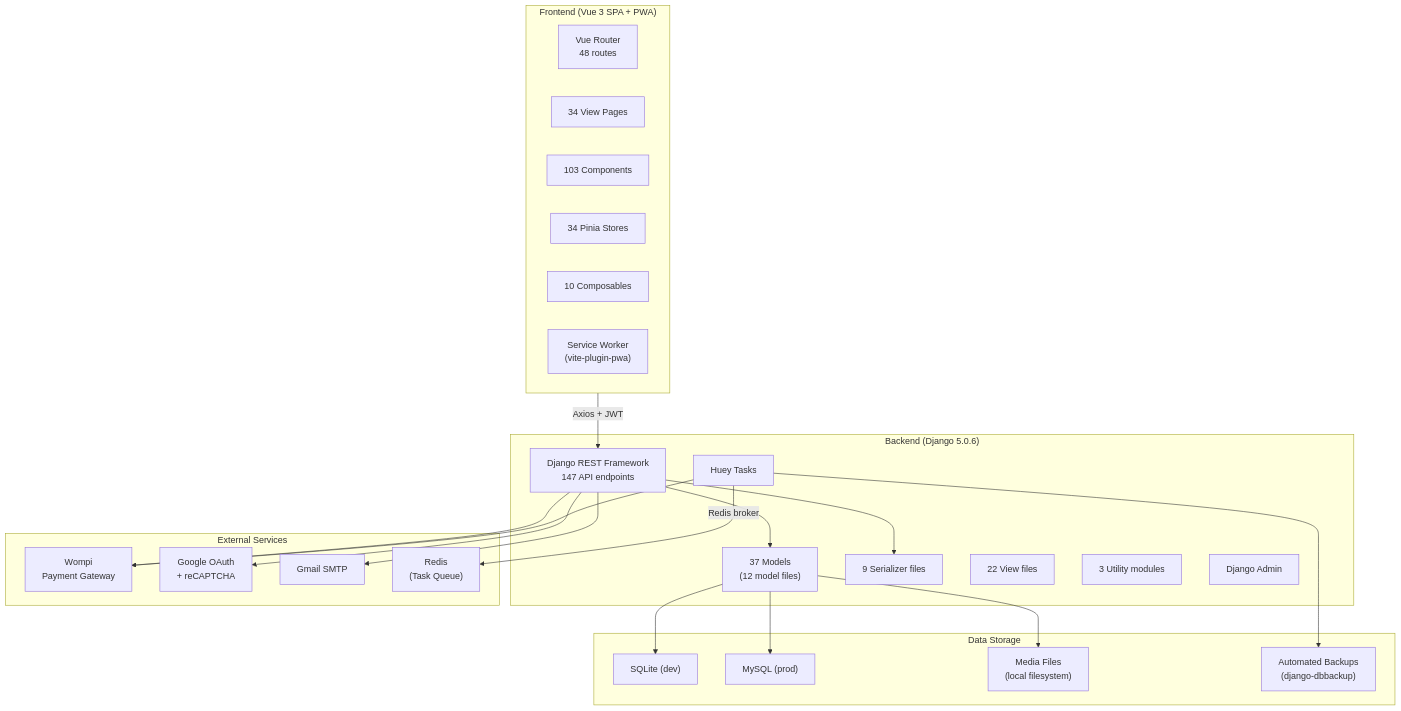
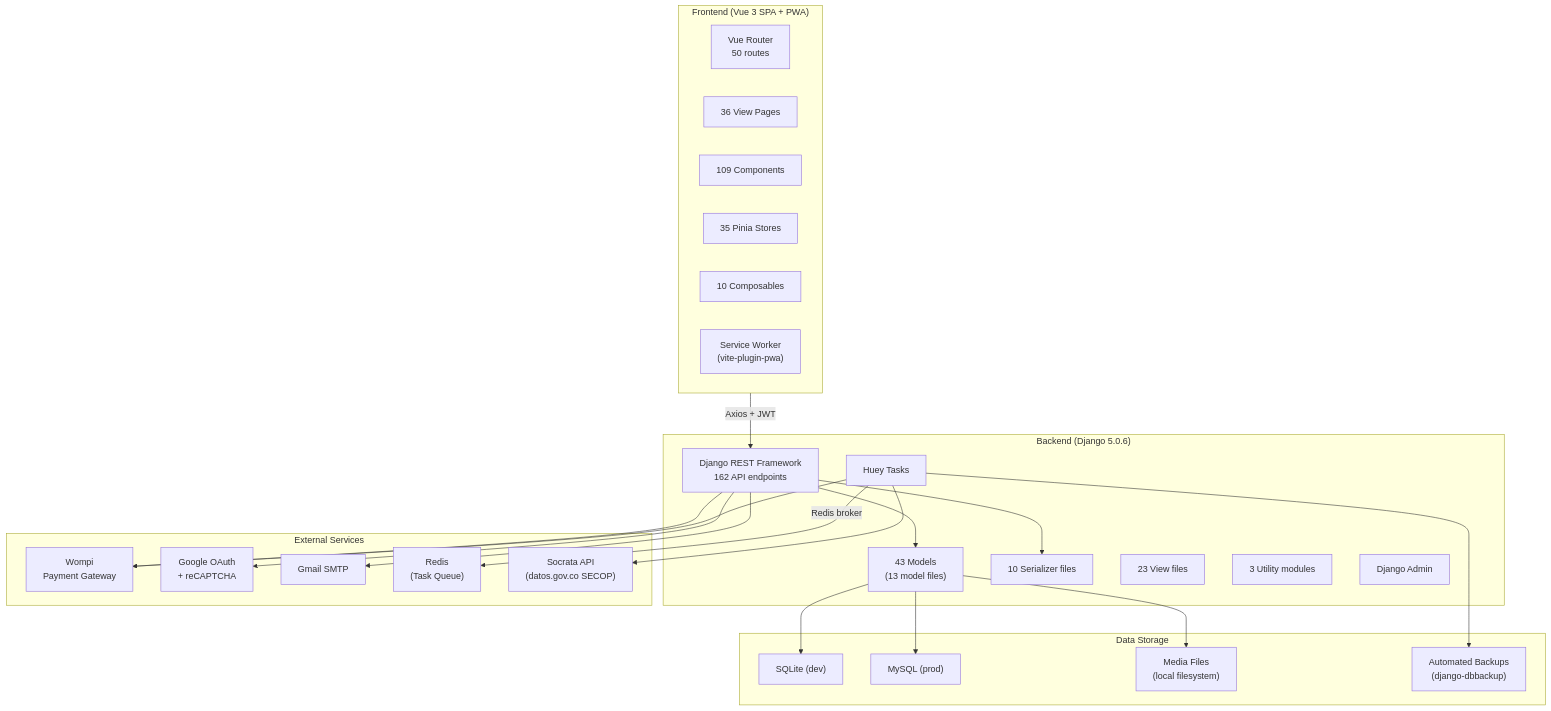
One commit to carlos18bp/gym_project changed the first of 8 diagrams in docs/methodology/architecture.md. Above: the diagram before and after it, drawn with Mermaid. The commit also changed other lines of this file and 64 other files, not shown here.

````diff
--- a/docs/methodology/architecture.md
+++ b/docs/methodology/architecture.md
@@ -5,48 +5,50 @@
 ```mermaid
 flowchart TB
     subgraph Client["Frontend (Vue 3 SPA + PWA)"]
-        Router["Vue Router\n48 routes"]
-        Views["34 View Pages"]
-        Components["103 Components"]
-        Stores["34 Pinia Stores"]
+        Router["Vue Router\n50 routes"]
+        Views["36 View Pages"]
+        Components["109 Components"]
+        Stores["35 Pinia Stores"]
         Composables["10 Composables"]
         SW["Service Worker\n(vite-plugin-pwa)"]
     end
 
     subgraph Server["Backend (Django 5.0.6)"]
-        DRF["Django REST Framework\n147 API endpoints"]
-        Models["37 Models\n(12 model files)"]
-        Serializers["9 Serializer files"]
-        Views_BE["22 View files"]
+        DRF["Django REST Framework\n162 API endpoints"]
+        Models["43 Models\n(13 model files)"]
+        Serializers["10 Serializer files"]
+        Views_BE["23 View files"]
         Utils["3 Utility modules"]
         Tasks["Huey Tasks"]
         Admin["Django Admin"]
     end
 
     subgraph External["External Services"]
         Wompi["Wompi\nPayment Gateway"]
         Google["Google OAuth\n+ reCAPTCHA"]
         SMTP["Gmail SMTP"]
         Redis["Redis\n(Task Queue)"]
+        Socrata["Socrata API\n(datos.gov.co SECOP)"]
     end
 
     subgraph Storage["Data Storage"]
         DB_Dev["SQLite (dev)"]
         DB_Prod["MySQL (prod)"]
         Media["Media Files\n(local filesystem)"]
         Backups["Automated Backups\n(django-dbbackup)"]
     end
 
     Client -->|"Axios + JWT"| DRF
     DRF --> Models
     DRF --> Serializers
     Models --> DB_Dev
     Models --> DB_Prod
     Models --> Media
     Tasks -->|"Redis broker"| Redis
     Tasks --> Wompi
     Tasks --> Backups
     DRF --> SMTP
     DRF --> Google
     DRF --> Wompi
+    Tasks --> Socrata
 ```
````
